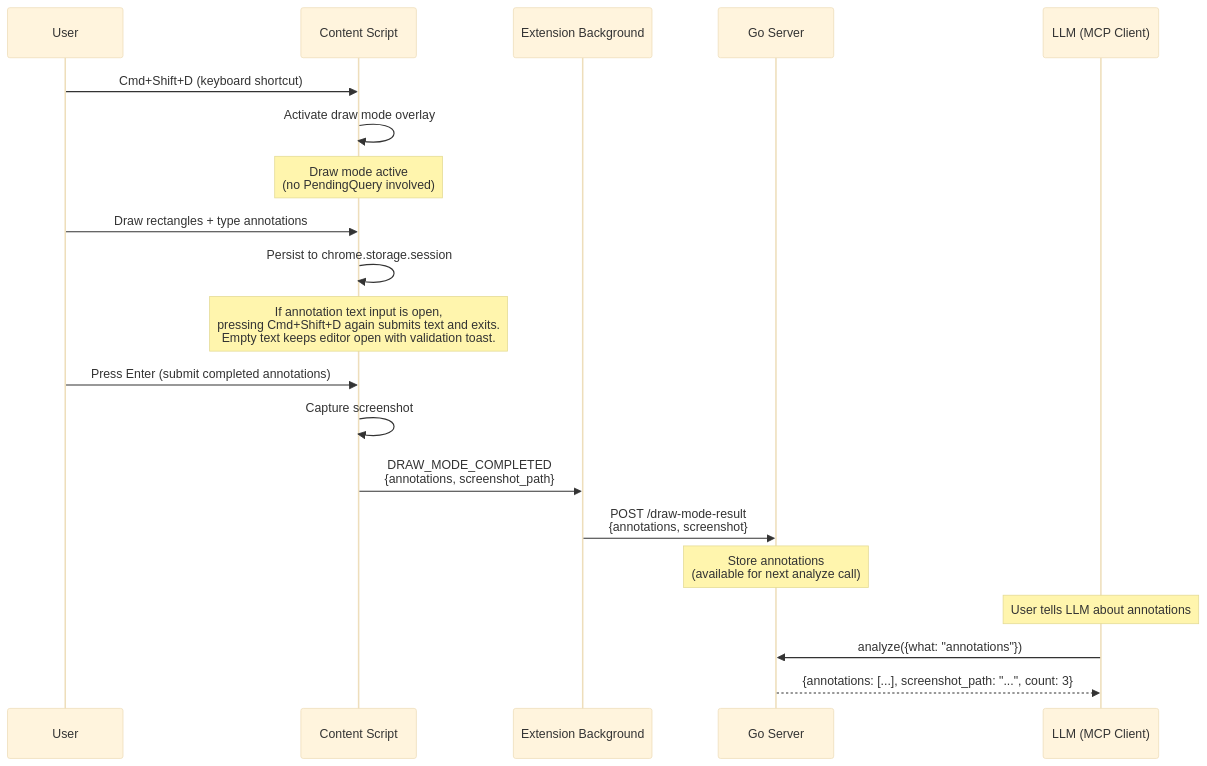
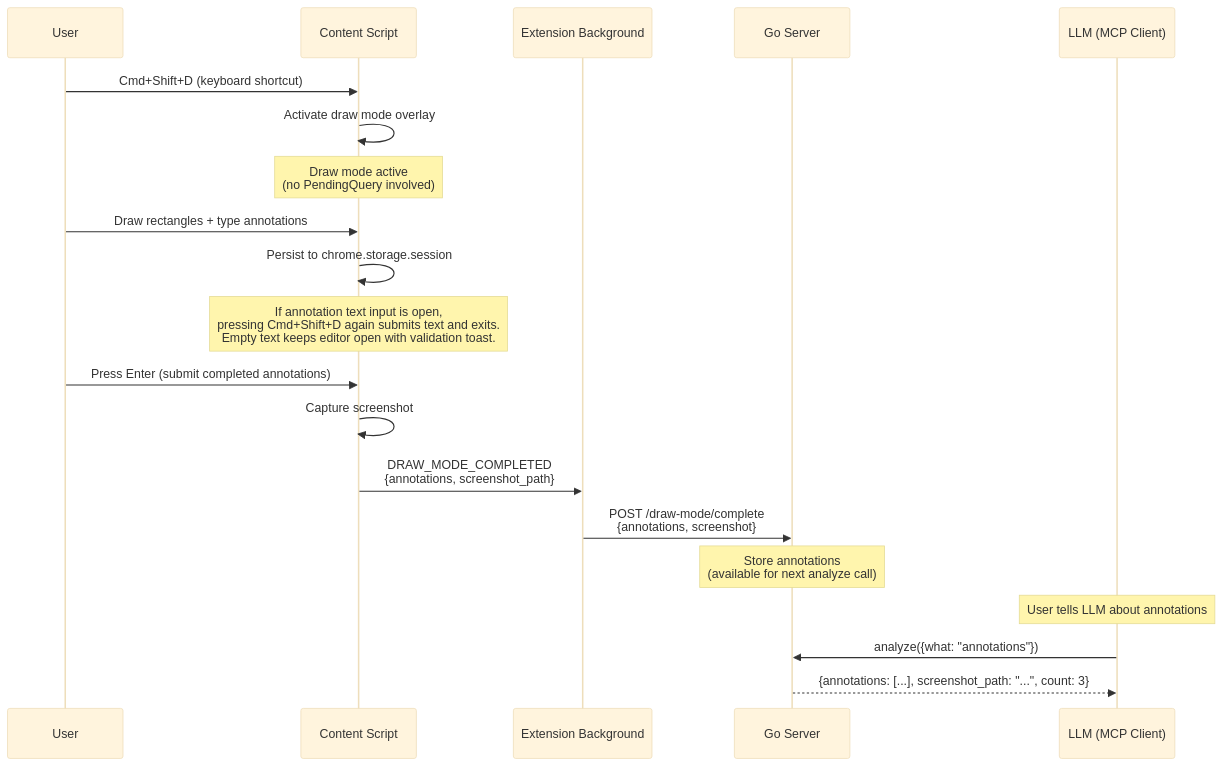
Before and after one commit to brennhill/Kaboom-Browser-AI-Devtools-MCP: the second of 3 diagrams in docs/features/draw-mode/tech-spec.md, drawn with Mermaid (base theme). The commit also changed other lines of this file and 69 other files, not shown here.

````diff
--- a/docs/features/draw-mode/tech-spec.md
+++ b/docs/features/draw-mode/tech-spec.md
@@ -106,28 +102,28 @@
 ```mermaid
 sequenceDiagram
     participant User as User
     participant CS as Content Script
     participant BG as Extension Background
     participant Server as Go Server
     participant LLM as LLM (MCP Client)
 
     User->>CS: Cmd+Shift+D (keyboard shortcut)
     CS->>CS: Activate draw mode overlay
     Note over CS: Draw mode active<br/>(no PendingQuery involved)
 
     User->>CS: Draw rectangles + type annotations
     CS->>CS: Persist to chrome.storage.session
 
     Note over CS: If annotation text input is open,<br/>pressing Cmd+Shift+D again submits text and exits.<br/>Empty text keeps editor open with validation toast.
 
     User->>CS: Press Enter (submit completed annotations)
     CS->>CS: Capture screenshot
     CS->>BG: DRAW_MODE_COMPLETED<br/>{annotations, screenshot_path}
-    BG->>Server: POST /draw-mode-result<br/>{annotations, screenshot}
+    BG->>Server: POST /draw-mode/complete<br/>{annotations, screenshot}
     Note over Server: Store annotations<br/>(available for next analyze call)
 
     Note over LLM: User tells LLM about annotations
 
     LLM->>Server: analyze({what: "annotations"})
     Server-->>LLM: {annotations: [...], screenshot_path: "...", count: 3}
 ```
````
